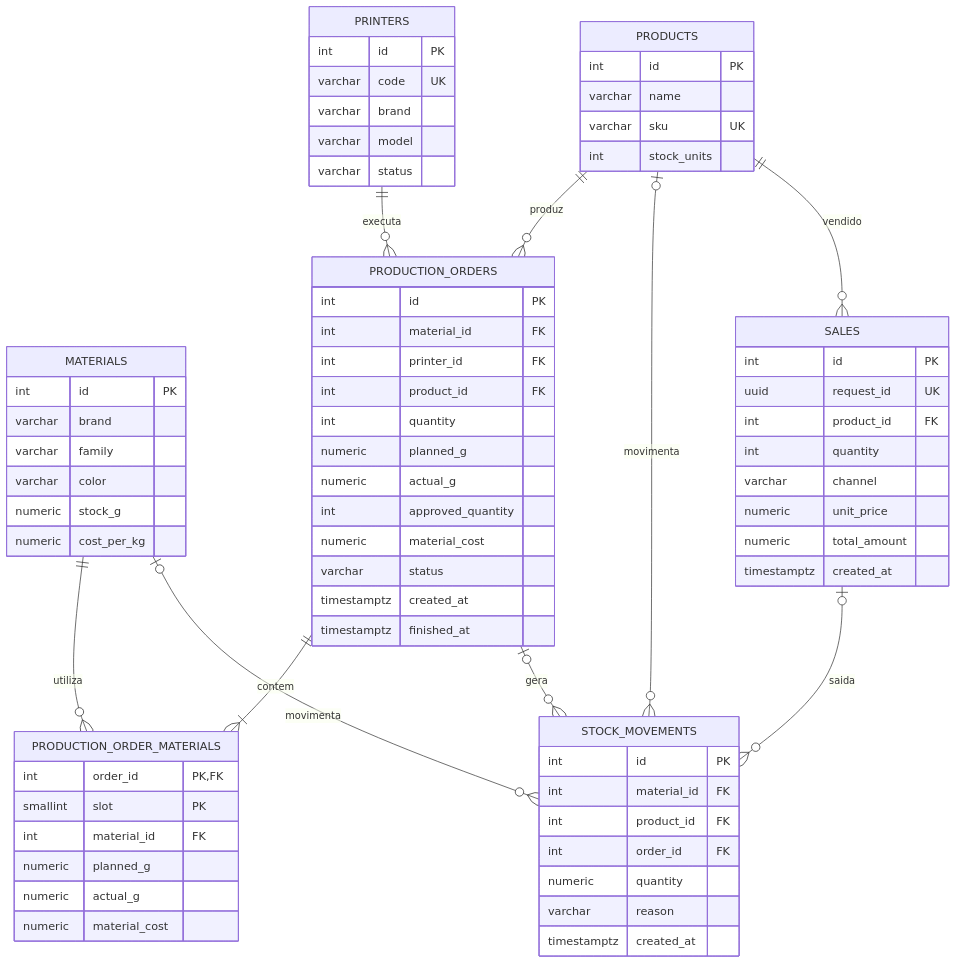
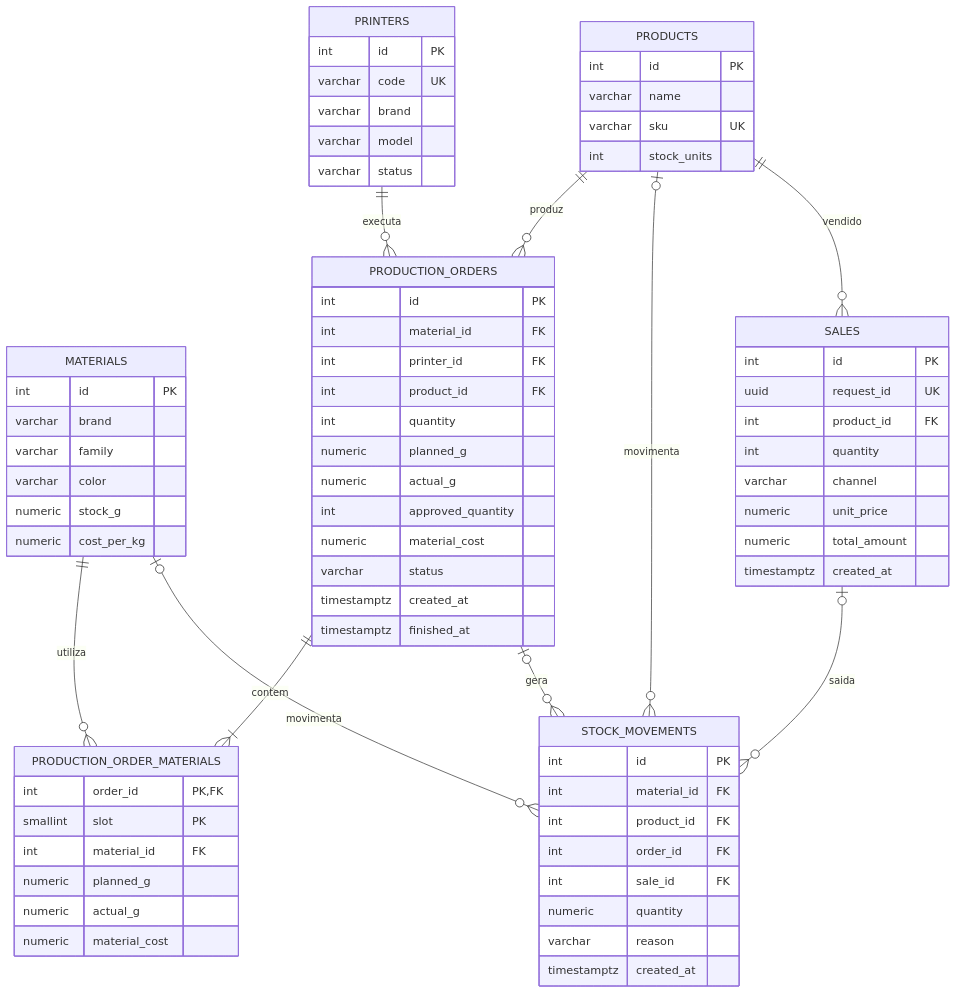
The diagram in docs/modelagem.mmd (alecioADS/projetointegrador2026), drawn with Mermaid before and after one commit. The commit also changed 139 other files, not shown here.

```diff
--- a/docs/modelagem.mmd
+++ b/docs/modelagem.mmd
@@ -1,77 +1,78 @@
 %% Modelo relacional. Renderize cada bloco separadamente em um editor Mermaid.
 erDiagram
  MATERIALS ||--o{ PRODUCTION_ORDER_MATERIALS : utiliza
  PRODUCTION_ORDERS ||--|{ PRODUCTION_ORDER_MATERIALS : contem
  PRINTERS ||--o{ PRODUCTION_ORDERS : executa
  PRODUCTS ||--o{ PRODUCTION_ORDERS : produz
  MATERIALS |o--o{ STOCK_MOVEMENTS : movimenta
  PRODUCTS |o--o{ STOCK_MOVEMENTS : movimenta
  PRODUCTION_ORDERS |o--o{ STOCK_MOVEMENTS : gera
  MATERIALS {
   int id PK
   varchar brand
   varchar family
   varchar color
   numeric stock_g
   numeric cost_per_kg
  }
  PRINTERS {
   int id PK
   varchar code UK
   varchar brand
   varchar model
   varchar status
  }
  PRODUCTS {
   int id PK
   varchar name
   varchar sku UK
   int stock_units
  }
  PRODUCTION_ORDERS {
   int id PK
   int material_id FK
   int printer_id FK
   int product_id FK
   int quantity
   numeric planned_g
   numeric actual_g
   int approved_quantity
   numeric material_cost
   varchar status
   timestamptz created_at
   timestamptz finished_at
  }
  STOCK_MOVEMENTS {
   int id PK
   int material_id FK
   int product_id FK
   int order_id FK
+  int sale_id FK
   numeric quantity
   varchar reason
   timestamptz created_at
  }
 
  PRODUCTION_ORDER_MATERIALS {
   int order_id PK,FK
   smallint slot PK
   int material_id FK
   numeric planned_g
   numeric actual_g
   numeric material_cost
  }
 %% slot 1..4; único (order_id,material_id). O material_id na ordem é mantido como referência legada ao primeiro filamento.
 
  PRODUCTS ||--o{ SALES : vendido
  SALES |o--o{ STOCK_MOVEMENTS : saida
  SALES {
   int id PK
   uuid request_id UK
   int product_id FK
   int quantity
   varchar channel
   numeric unit_price
   numeric total_amount
   timestamptz created_at
  }
 %% total_amount gerado no banco (quantity * unit_price); stock_movements.sale_id referencia a venda.
```
